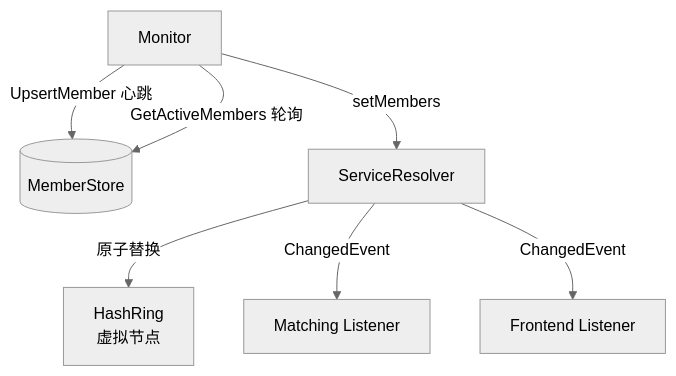
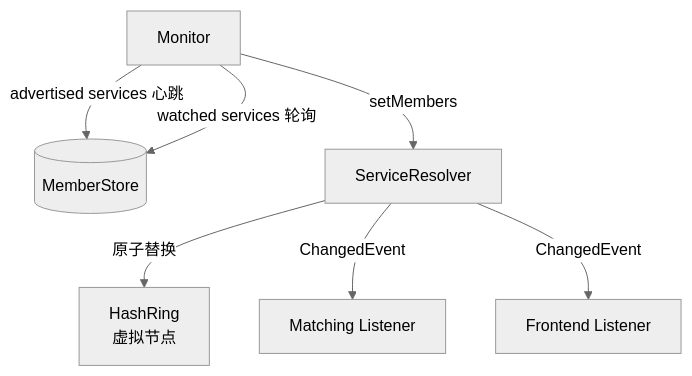
One commit to donutnomad/taskq changed the fourth of 9 diagrams in README.md. Above: the diagram before and after it, drawn with Mermaid (neutral theme). The commit also changed other lines of this file and 59 other files, not shown here.

````diff
--- a/README.md
+++ b/README.md
@@ -154,9 +156,9 @@
 ```mermaid
 graph TB
-    MON[Monitor] -->|UpsertMember 心跳| MS[(MemberStore)]
-    MON -->|GetActiveMembers 轮询| MS
+    MON[Monitor] -->|advertised services 心跳| MS[(MemberStore)]
+    MON -->|watched services 轮询| MS
     MON -->|setMembers| SR[ServiceResolver]
     SR -->|原子替换| HR[HashRing<br/>虚拟节点]
     SR -->|ChangedEvent| L1[Matching Listener]
     SR -->|ChangedEvent| L2[Frontend Listener]
 ```
````
